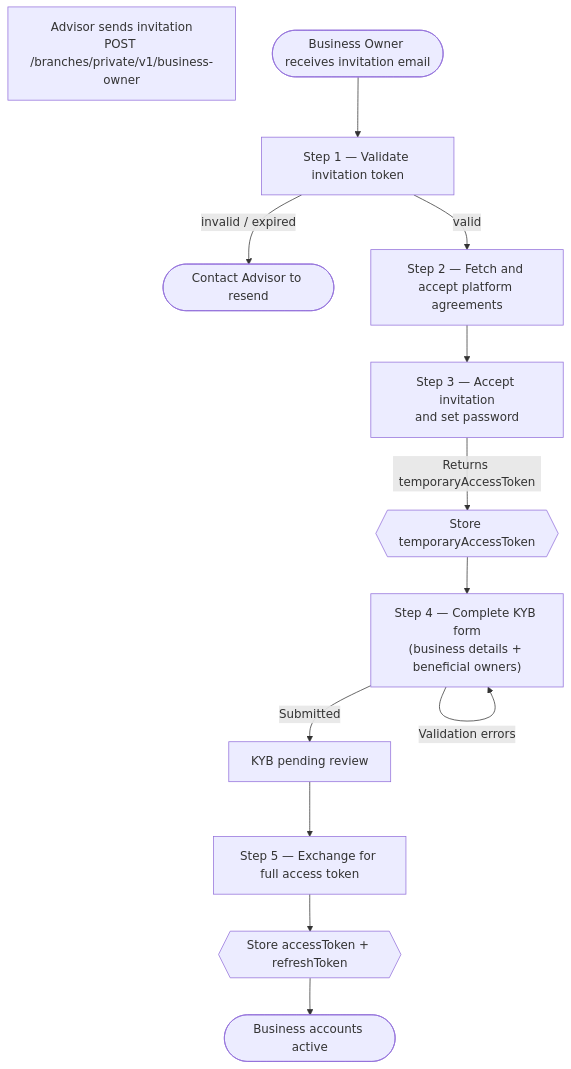
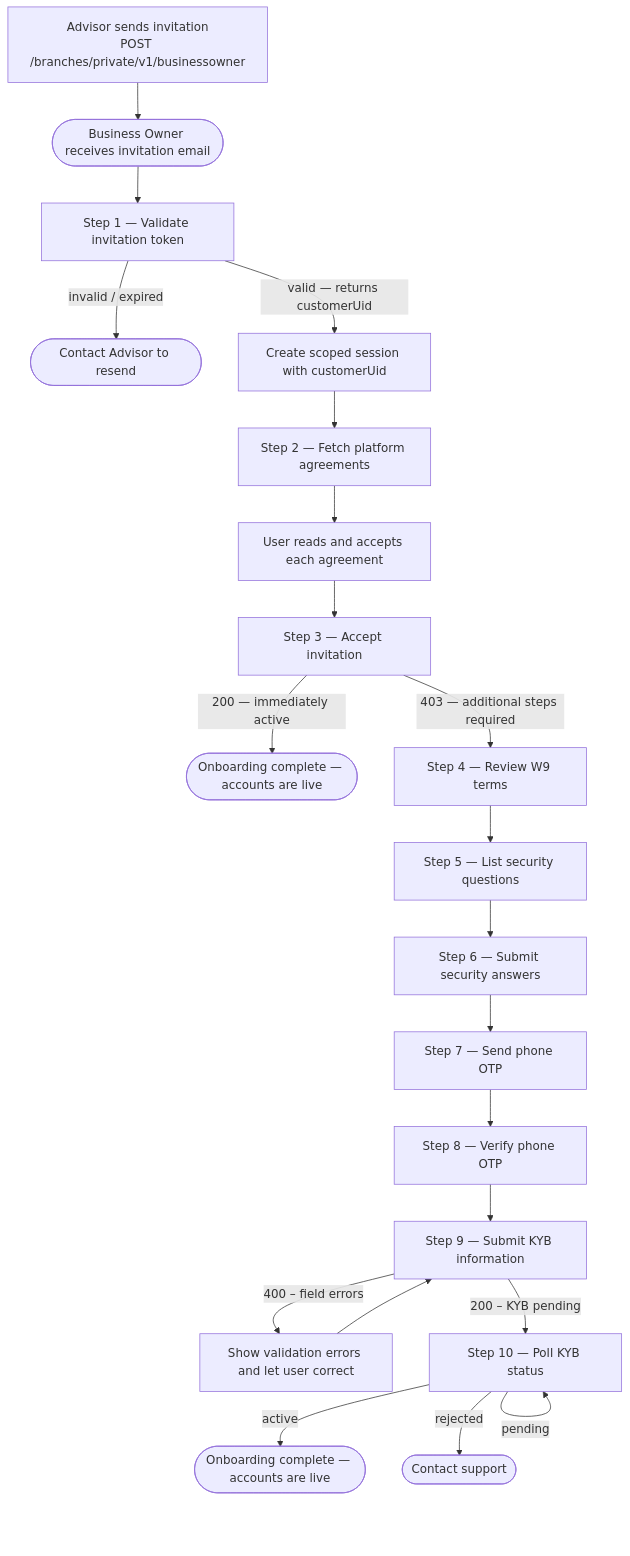
Before and after one commit to skhan-cpu/readme-paid: the diagram in docs/Getting Started/business-owner/business-registration.md, drawn with Mermaid. The commit also changed other lines of this file and 24 other files, not shown here.

````diff
--- a/docs/Getting Started/business-owner/business-registration.md
+++ b/docs/Getting Started/business-owner/business-registration.md
@@ -12,16 +12,28 @@
 ```mermaid
 flowchart TD
-    A["Advisor sends invitation\nPOST /branches/private/v1/business-owner"]
-    B(["Business Owner receives invitation email"])
+    A["Advisor sends invitation\nPOST /branches/private/v1/businessowner"]
+    A --> B(["Business Owner receives invitation email"])
+
     B --> C["Step 1 — Validate invitation token"]
     C -->|invalid / expired| ERR(["Contact Advisor to resend"])
-    C -->|valid| D["Step 2 — Fetch and accept platform agreements"]
-    D --> E["Step 3 — Accept invitation\nand set password"]
-    E -->|Returns temporaryAccessToken| F{{"Store temporaryAccessToken"}}
-    F --> G["Step 4 — Complete KYB form\n(business details + beneficial owners)"]
-    G -->|Validation errors| G
-    G -->|Submitted| H["KYB pending review"]
-    H --> I["Step 5 — Exchange for full access token"]
-    I --> J{{"Store accessToken + refreshToken"}}
-    J --> K(["Business accounts active"])
+    C -->|valid — returns customerUid| SESSION["Create scoped session with customerUid"]
+
+    SESSION --> D["Step 2 — Fetch platform agreements"]
+    D --> E["User reads and accepts each agreement"]
+
+    E --> F["Step 3 — Accept invitation"]
+    F -->|200 — immediately active| DONE1(["Onboarding complete — accounts are live"])
+    F -->|403 — additional steps required| G["Step 4 — Review W9 terms"]
+
+    G --> H["Step 5 — List security questions"]
+    H --> I["Step 6 — Submit security answers"]
+    I --> J["Step 7 — Send phone OTP"]
+    J --> K["Step 8 — Verify phone OTP"]
+    K --> L["Step 9 — Submit KYB information"]
+    L -->|400 – field errors| ERR2["Show validation errors and let user correct"]
+    ERR2 --> L
+    L -->|200 – KYB pending| M["Step 10 — Poll KYB status"]
+    M -->|pending| M
+    M -->|active| DONE2(["Onboarding complete — accounts are live"])
+    M -->|rejected| REJ(["Contact support"])
 ```
````
